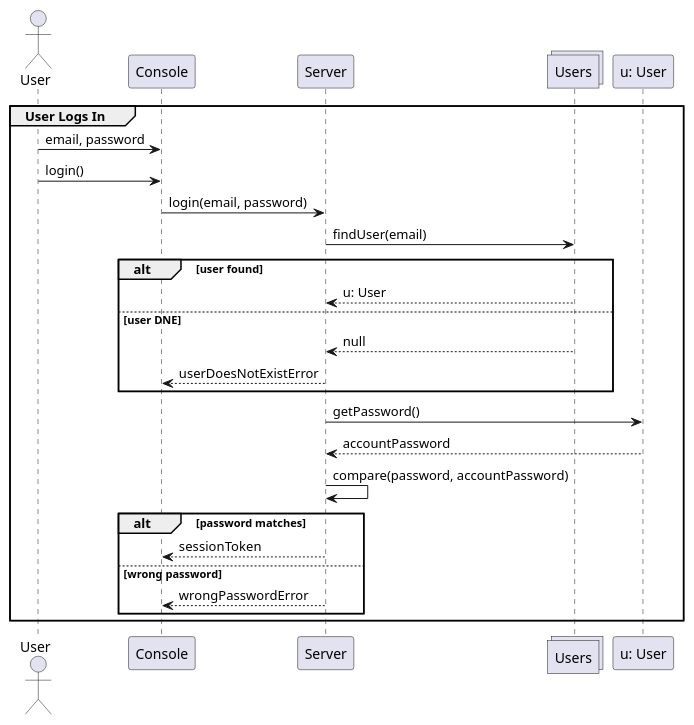
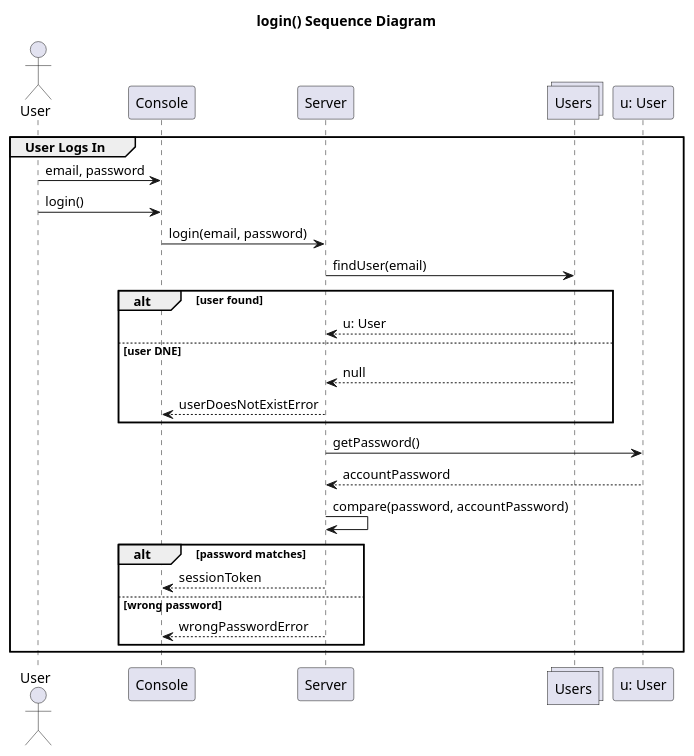
Before and after one commit to FrancoDominguez/SOEN342-project: the diagram in Documentation/SequenceDiagrams/Login.puml, drawn with PlantUML. The commit also changed 3 other files, not shown here.

Commit message:
Sequence Diagrams for use case #1

```diff
--- a/Documentation/SequenceDiagrams/Login.puml
+++ b/Documentation/SequenceDiagrams/Login.puml
@@ -1,32 +1,34 @@
-@startuml TakingOffering
+@startuml Login
+
+title login() Sequence Diagram
 
 Actor UserPerson as "User"
 participant Console as Console
 participant Server as Server
 collections Users as Accounts
 participant User as "u: User"
 
 
 
 group User Logs In
   UserPerson -> Console: email, password
   UserPerson -> Console: login()
   Console -> Server: login(email, password)
   Server -> Accounts: findUser(email)
   alt user found
     Accounts --> Server: u: User
   else user DNE
     Accounts --> Server: null
     Server --> Console: userDoesNotExistError
   end
   Server -> User: getPassword()
   User --> Server: accountPassword
   Server -> Server: compare(password, accountPassword)
   alt password matches
     Server --> Console: sessionToken
   else wrong password
     Server --> Console: wrongPasswordError
   end
 end
 
 @enduml
```
